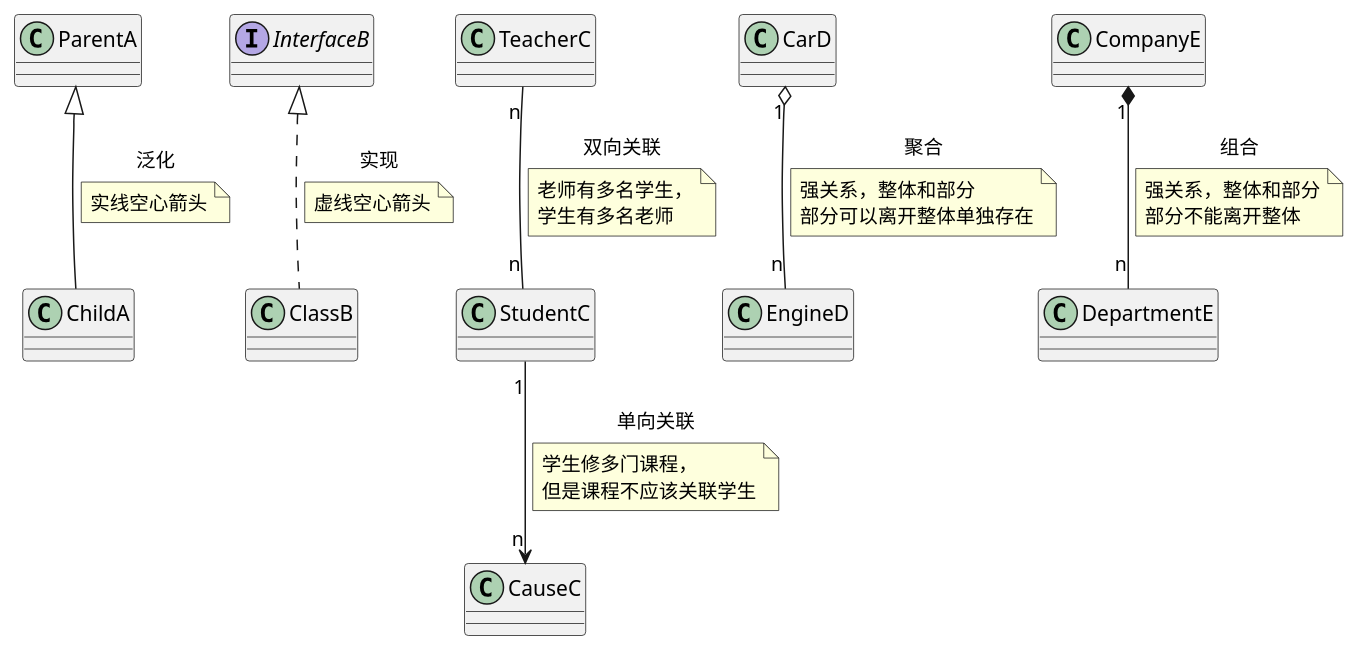
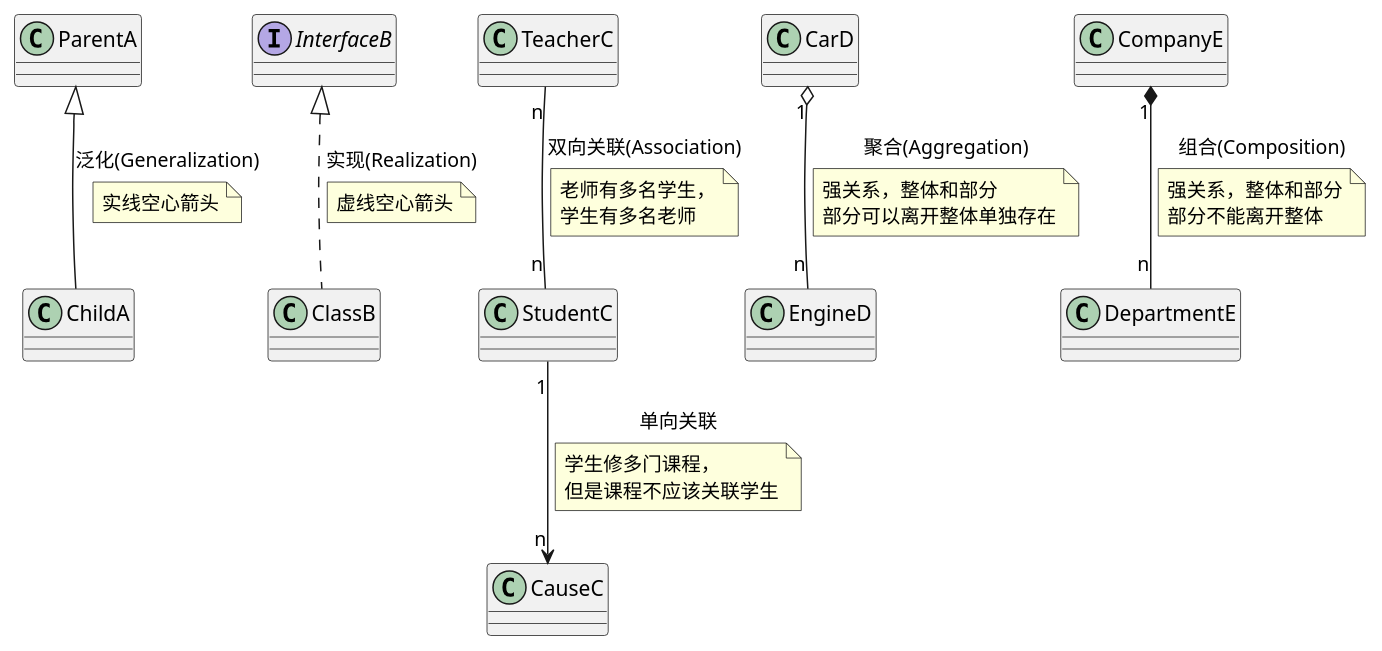
One commit to openproject/Umls changed the diagram in DesignPattern/plantuml/Intro.puml. Above: the diagram before and after it, drawn with PlantUML. The commit also changed 2 other files, not shown here.

Commit message:
update the design pattern uml

```diff
--- a/DesignPattern/plantuml/Intro.puml
+++ b/DesignPattern/plantuml/Intro.puml
@@ -1,32 +1,32 @@
 @startuml
 
 class ParentA
 class ChildA
-ParentA <|-- ChildA: 泛化
+ParentA <|-- ChildA: 泛化(Generalization)
 note on link: 实线空心箭头
 
 interface InterfaceB
 class ClassB
-InterfaceB <|.. ClassB:实现
+InterfaceB <|.. ClassB:实现(Realization)
 note on link: 虚线空心箭头
 
 class TeacherC
 class StudentC
 Class CauseC
-TeacherC "n" -- "n" StudentC:双向关联
+TeacherC "n" -- "n" StudentC:双向关联(Association)
 note on link:老师有多名学生，\n学生有多名老师
 StudentC "1" --> "n" CauseC:单向关联
 note on link:学生修多门课程，\n但是课程不应该关联学生
 
 class CarD
 class EngineD
-CarD "1" o-- "n" EngineD: 聚合
+CarD "1" o-- "n" EngineD: 聚合(Aggregation)
 note on link:强关系，整体和部分\n部分可以离开整体单独存在
 
 class CompanyE
 class DepartmentE
-CompanyE "1" *-- "n" DepartmentE: 组合
+CompanyE "1" *-- "n" DepartmentE: 组合(Composition)
 note on link:强关系，整体和部分\n部分不能离开整体
 
 
 @enduml
```
